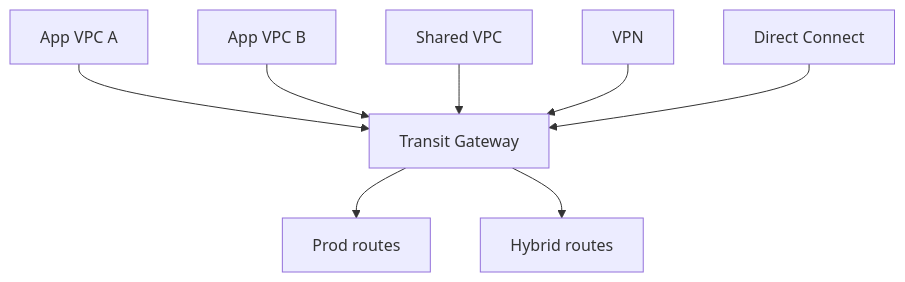
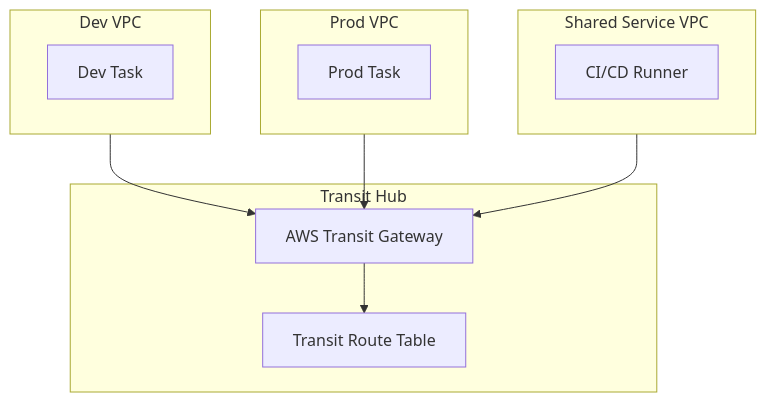
The fourth of 5 diagrams in cloud-providers/aws/networking-connectivity/03-connectivity-and-hybrid-networking.md (senlinyy/dev-roadmaps), drawn with Mermaid before and after one commit. The commit also changed other lines of this file and 58 other files, not shown here.

````diff
--- a/cloud-providers/aws/networking-connectivity/03-connectivity-and-hybrid-networking.md
+++ b/cloud-providers/aws/networking-connectivity/03-connectivity-and-hybrid-networking.md
@@ -259,19 +168,21 @@
 ```mermaid
-flowchart TB
-    TGW["Transit Gateway"]
-    Shared["Shared VPC"]
-    AppA["App VPC A"]
-    AppB["App VPC B"]
-    VPN["VPN"]
-    DX["Direct Connect"]
-    RTProd["Prod routes"]
-    RTHybrid["Hybrid routes"]
+flowchart TD
+    subgraph DevVPC["Dev VPC"]
+        WorkerDev["Dev Task"]
+    end
+    subgraph ProdVPC["Prod VPC"]
+        WorkerProd["Prod Task"]
+    end
+    subgraph TGWContainer["Transit Hub"]
+        Hub["AWS Transit Gateway"]
+        RouteTable["Transit Route Table"]
+    end
+    subgraph SharedVPC["Shared Service VPC"]
+        Runner["CI/CD Runner"]
+    end
 
-    AppA --> TGW
-    AppB --> TGW
-    Shared --> TGW
-    VPN --> TGW
-    DX --> TGW
-    TGW --> RTProd
-    TGW --> RTHybrid
+    DevVPC --> Hub
+    ProdVPC --> Hub
+    SharedVPC --> Hub
+    Hub --> RouteTable
 ```
````
